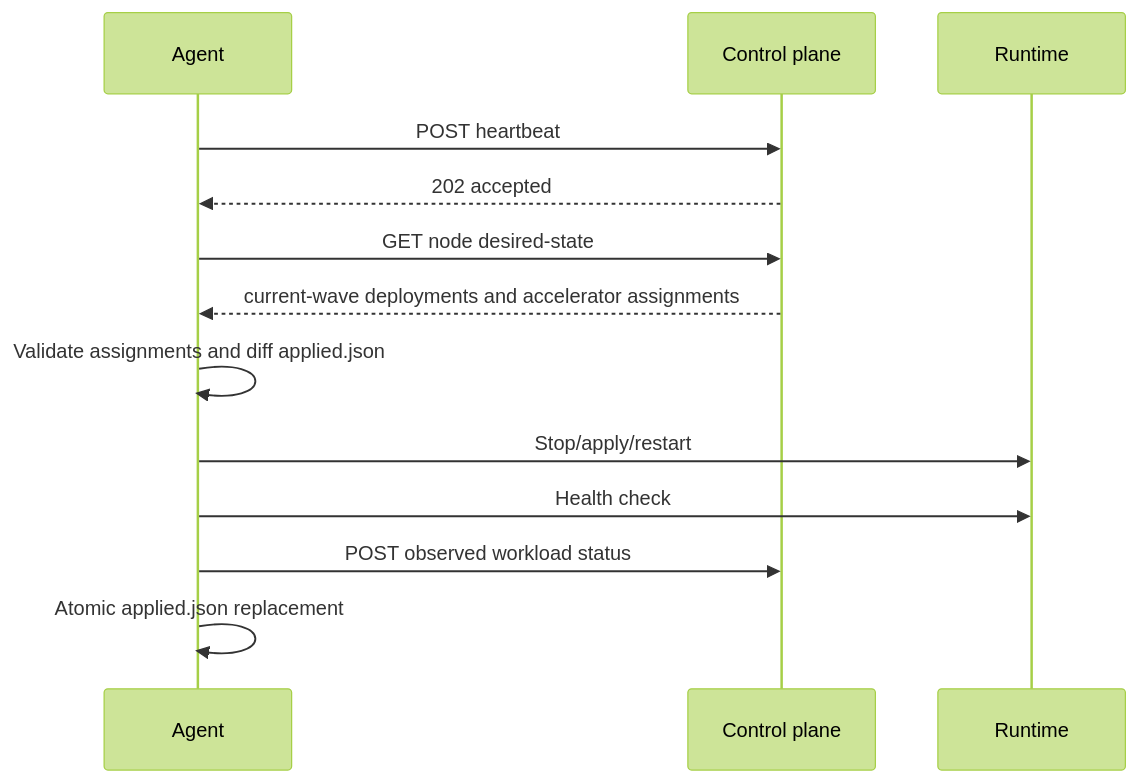
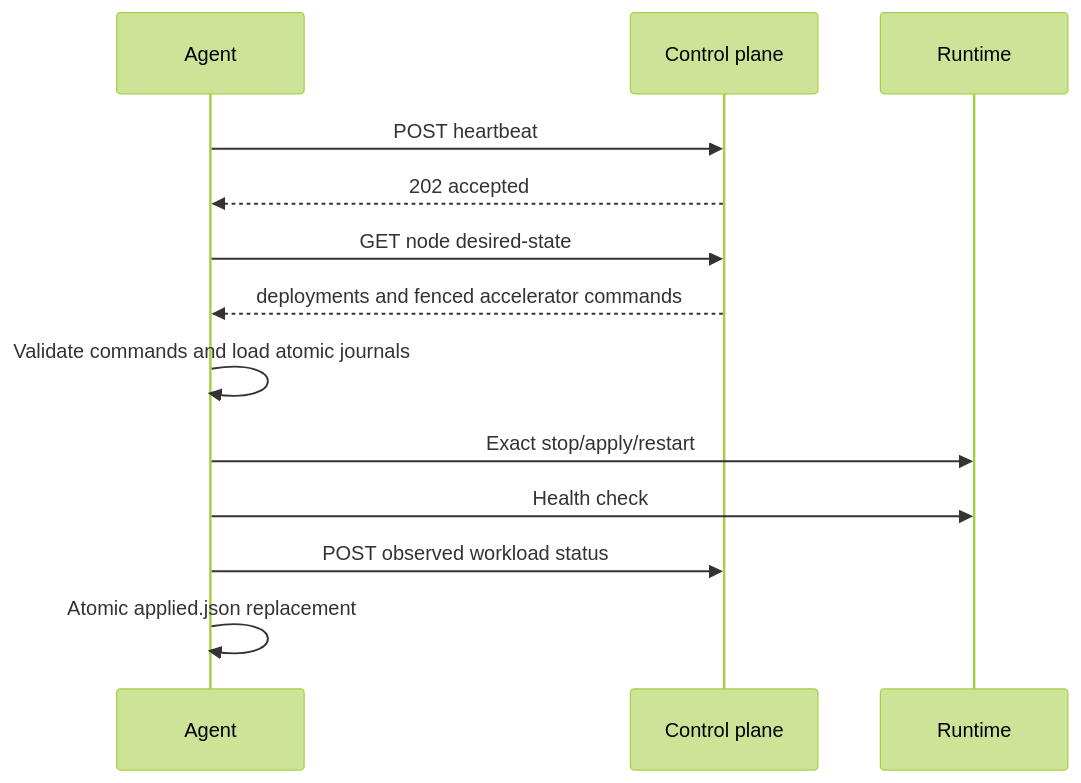
The third of 3 diagrams in docs/architecture.md (ziwon/nimbus), drawn with Mermaid (forest theme) before and after one commit. The commit also changed other lines of this file and 4 other files, not shown here.

````diff
--- a/docs/architecture.md
+++ b/docs/architecture.md
@@ -188,16 +201,16 @@
 ```mermaid
 sequenceDiagram
     participant A as Agent
     participant C as Control plane
     participant R as Runtime
 
     A->>C: POST heartbeat
     C-->>A: 202 accepted
     A->>C: GET node desired-state
-    C-->>A: current-wave deployments and accelerator assignments
-    A->>A: Validate assignments and diff applied.json
-    A->>R: Stop/apply/restart
+    C-->>A: deployments and fenced accelerator commands
+    A->>A: Validate commands and load atomic journals
+    A->>R: Exact stop/apply/restart
     A->>R: Health check
     A->>C: POST observed workload status
     A->>A: Atomic applied.json replacement
 ```
````
